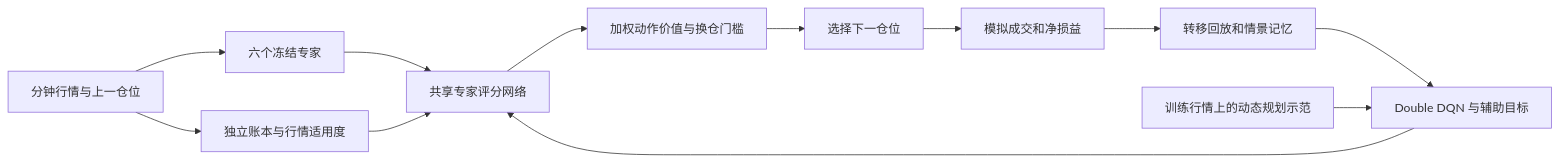
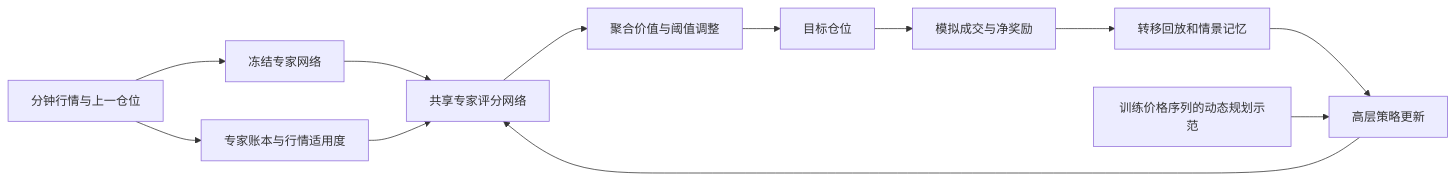
The diagram in docs/architecture.md (Yamila56/eth-expert-routing), drawn with Mermaid before and after one commit. The commit also changed other lines of this file and 1 other file, not shown here.

````diff
--- a/docs/architecture.md
+++ b/docs/architecture.md
@@ -7,14 +7,14 @@
 ```mermaid
 flowchart LR
-    S[分钟行情与上一仓位] --> E[六个冻结专家]
-    S --> L[独立账本与行情适用度]
+    S[分钟行情与上一仓位] --> E[冻结专家网络]
+    S --> L[专家账本与行情适用度]
     E --> R[共享专家评分网络]
     L --> R
-    R --> G[加权动作价值与换仓门槛]
-    G --> A[选择下一仓位]
-    A --> P[模拟成交和净损益]
+    R --> G[聚合价值与阈值调整]
+    G --> A[目标仓位]
+    A --> P[模拟成交与净奖励]
     P --> X[转移回放和情景记忆]
-    X --> U[Double DQN 与辅助目标]
-    D[训练行情上的动态规划示范] --> U
+    X --> U[高层策略更新]
+    D[训练价格序列的动态规划示范] --> U
     U --> R
 ```
````
